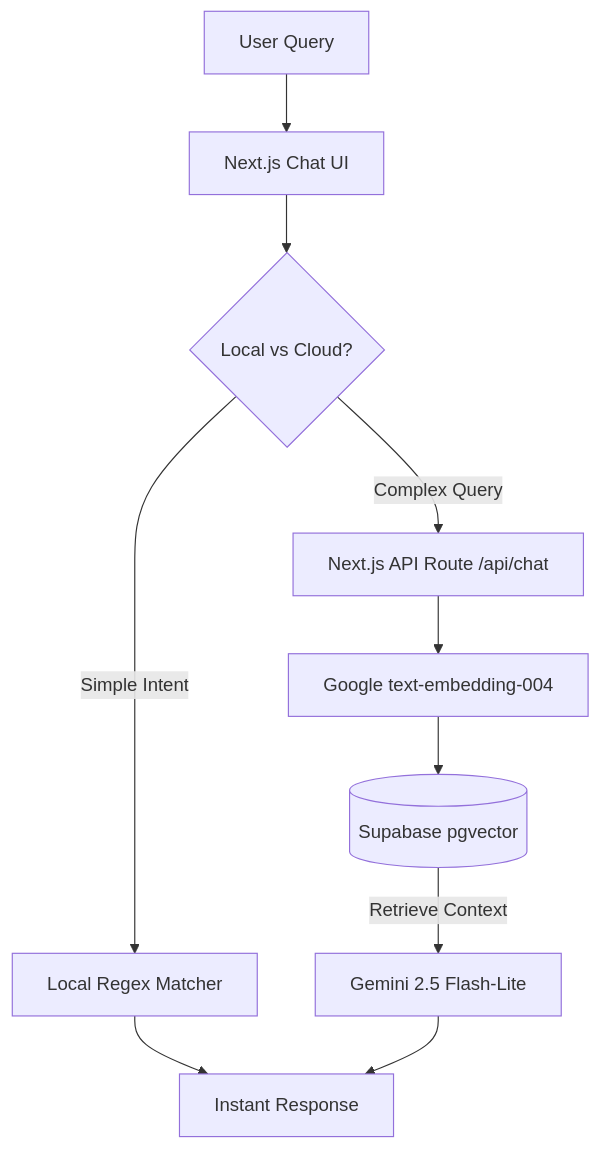
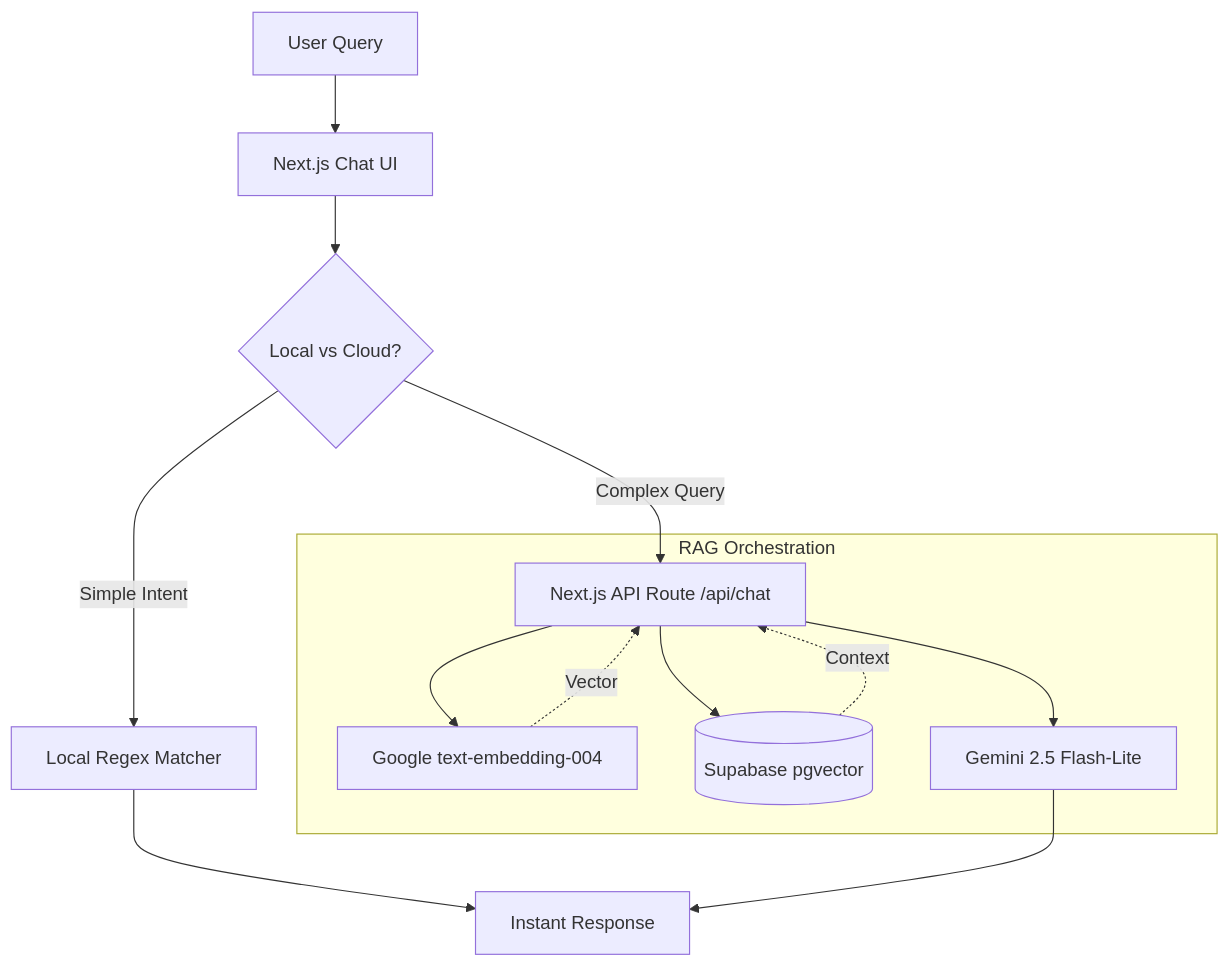
One commit to aadvxe/AI-powered-portfolio changed the diagram in README.md. Above: the diagram before and after it, drawn with Mermaid. The commit also changed other lines of this file, not shown here.

````diff
--- a/README.md
+++ b/README.md
@@ -9,14 +9,20 @@
 ```mermaid
 graph TD
     User[User Query] --> Frontend[Next.js Chat UI]
     Frontend --> HybridRouter{Local vs Cloud?}
 
     HybridRouter -- Simple Intent --> Local[Local Regex Matcher]
     Local --> Response[Instant Response]
 
     HybridRouter -- Complex Query --> API[Next.js API Route /api/chat]
+
+    subgraph RAG Orchestration
     API --> Embed[Google text-embedding-004]
-    Embed --> VectorDB[(Supabase pgvector)]
-    VectorDB -- Retrieve Context --> LLM[Gemini 2.5 Flash-Lite]
+    Embed -.->|Vector| API
+    API --> VectorDB[(Supabase pgvector)]
+    VectorDB -.->|Context| API
+    API --> LLM[Gemini 2.5 Flash-Lite]
+    end
+
     LLM --> Response
 ```
````
